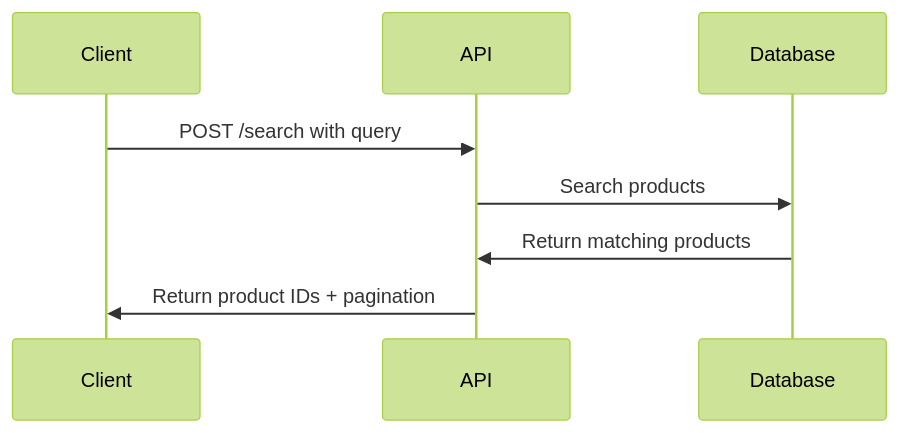
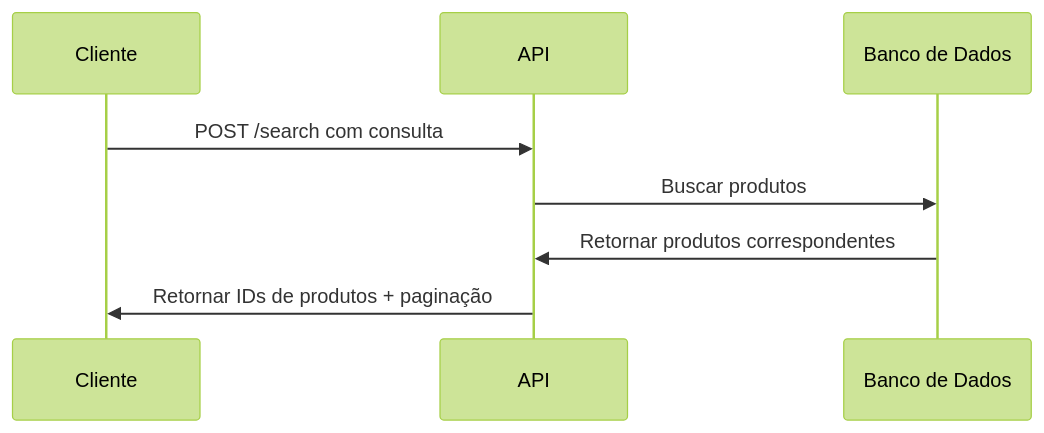
Before and after one commit to fashion-ai-dev/docs: the diagram in i18n/pt/docusaurus-plugin-content-docs/current/developer-guide/customization-reference/search/overview.md, drawn with Mermaid (forest theme). The commit also changed other lines of this file and 65 other files, not shown here.

````diff
--- a/i18n/pt/docusaurus-plugin-content-docs/current/developer-guide/customization-reference/search/overview.md
+++ b/i18n/pt/docusaurus-plugin-content-docs/current/developer-guide/customization-reference/search/overview.md
@@ -32,7 +32,7 @@
 ```mermaid
 sequenceDiagram
-    Client->>API: POST /search with query
-    API->>Database: Search products
-    Database->>API: Return matching products
-    API->>Client: Return product IDs + pagination
+    Cliente->>API: POST /search com consulta
+    API->>Banco de Dados: Buscar produtos
+    Banco de Dados->>API: Retornar produtos correspondentes
+    API->>Cliente: Retornar IDs de produtos + paginação
 ```
````
